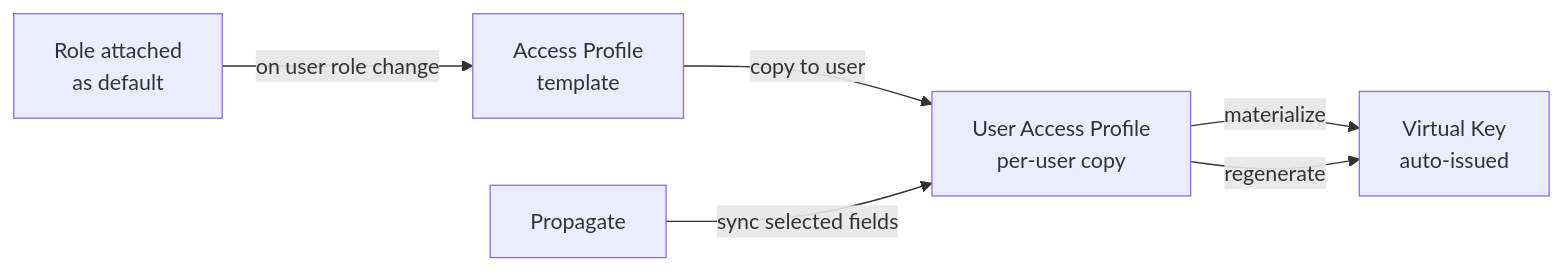
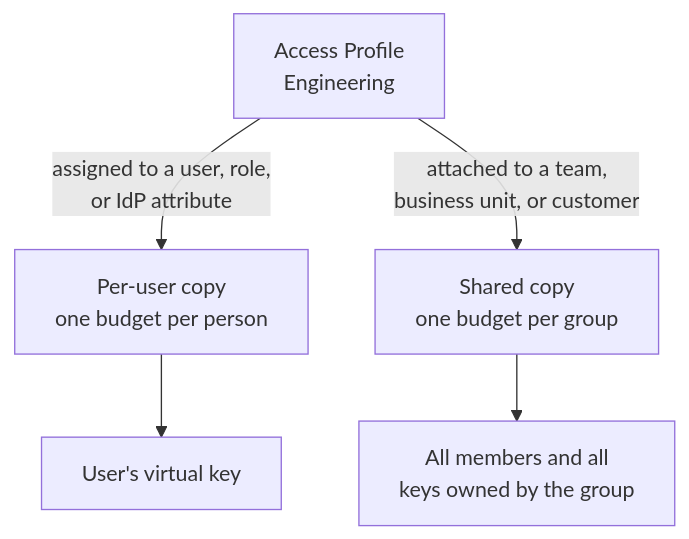
Before and after one commit to maximhq/bifrost: the diagram in docs/enterprise/access-profiles.mdx, drawn with Mermaid. The commit also changed other lines of this file and 9 other files, not shown here.

Commit message:
docs: access profile docs update for teams customers and bu

````diff
--- a/docs/enterprise/access-profiles.mdx
+++ b/docs/enterprise/access-profiles.mdx
@@ -37,8 +43,8 @@
 ```mermaid
-flowchart LR
-    A[Access Profile<br/>template] -->|copy to user| B[User Access Profile<br/>per-user copy]
-    B -->|materialize| C[Virtual Key<br/>auto-issued]
-    D[Role attached<br/>as default] -->|on user role change| A
-    E[Propagate] -->|sync selected fields| B
-    B -->|regenerate| C
+flowchart TD
+    P[Access Profile<br/>Engineering]
+    P -->|assigned to a user, role,<br/>or IdP attribute| U[Per-user copy<br/>one budget per person]
+    P -->|attached to a team,<br/>business unit, or customer| E[Shared copy<br/>one budget per group]
+    U --> K[User's virtual key]
+    E --> G[All members and all<br/>keys owned by the group]
 ```
````
